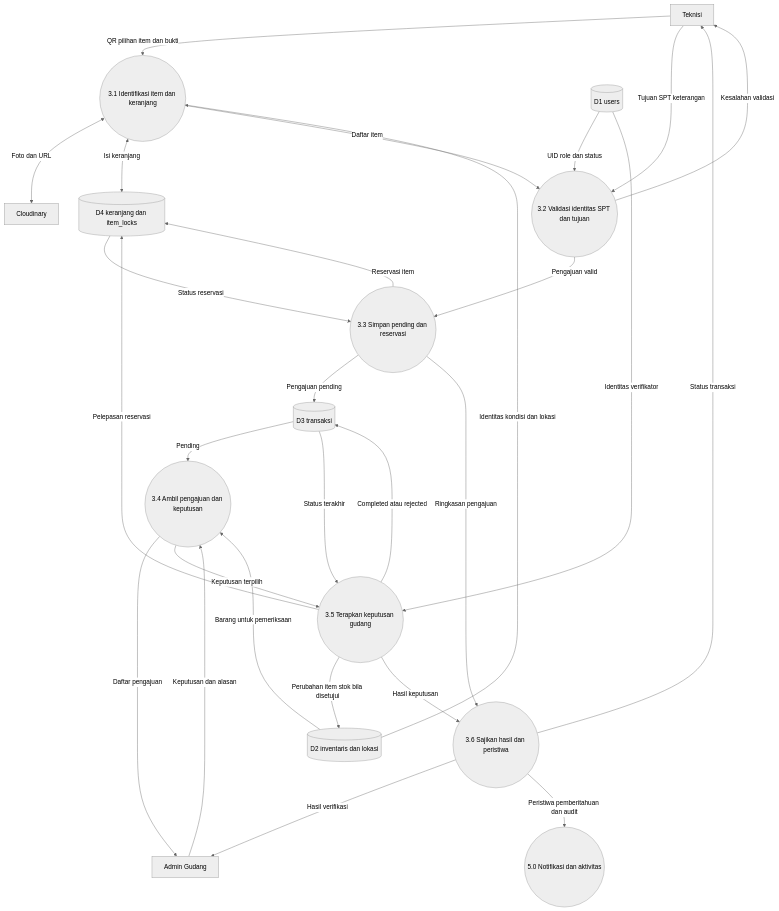
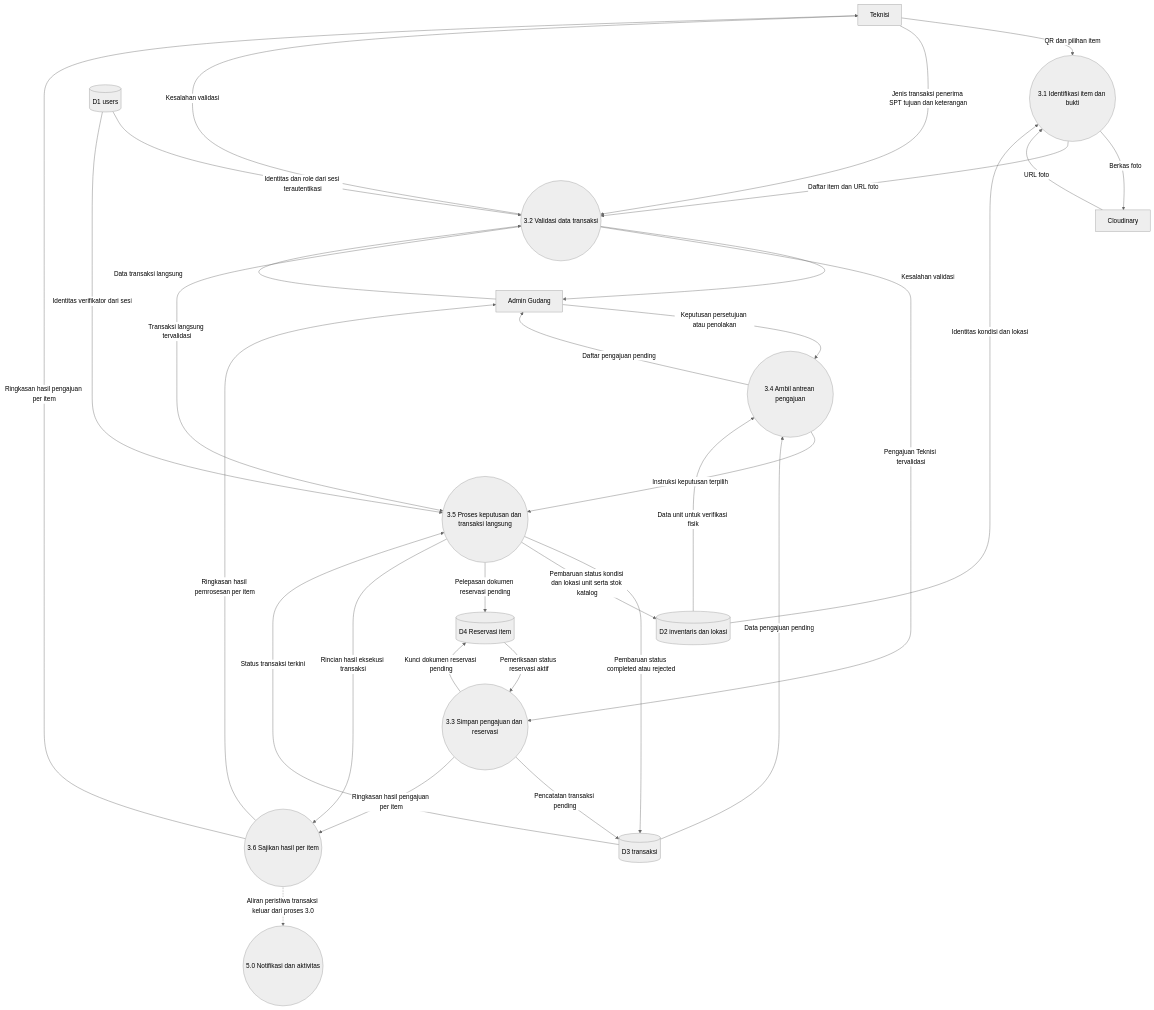
The fourth of 16 diagrams in README.md (Fadliyuu/Telkomsatt), drawn with Mermaid (neutral theme) before and after one commit. The commit also changed other lines of this file, not shown here.

Commit message:
docs: refine DFD Level 1 with direct admin transaction and per-item outputs

````diff
--- a/README.md
+++ b/README.md
@@ -351,44 +351,59 @@
 ```mermaid
 flowchart TB
     T[Teknisi]
     G[Admin Gudang]
-    A((3.1 Identifikasi item dan keranjang))
-    B((3.2 Validasi identitas SPT dan tujuan))
-    C((3.3 Simpan pending dan reservasi))
-    D((3.4 Ambil pengajuan dan keputusan))
-    E((3.5 Terapkan keputusan gudang))
-    F((3.6 Sajikan hasil dan peristiwa))
+    A((3.1 Identifikasi item dan bukti))
+    B((3.2 Validasi data transaksi))
+    C((3.3 Simpan pengajuan dan reservasi))
+    D((3.4 Ambil antrean pengajuan))
+    E((3.5 Proses keputusan dan transaksi langsung))
+    F((3.6 Sajikan hasil per item))
     U[(D1 users)]
     I[(D2 inventaris dan lokasi)]
     TX[(D3 transaksi)]
-    K[(D4 keranjang dan item_locks)]
+    K[(D4 Reservasi item)]
     N((5.0 Notifikasi dan aktivitas))
     CL[Cloudinary]
-    T -->|QR pilihan item dan bukti| A
+
+    %% 3.1 Identifikasi item dan bukti
+    T -->|QR dan pilihan item| A
     I -->|Identitas kondisi dan lokasi| A
-    A <-->|Foto dan URL| CL
-    A <-->|Isi keranjang| K
-    A -->|Daftar item| B
-    T -->|Tujuan SPT keterangan| B
-    U -->|UID role dan status| B
+    A -->|Berkas foto| CL
+    CL -->|URL foto| A
+    A -->|Daftar item dan URL foto| B
+
+    %% 3.2 Validasi data transaksi
+    T -->|Jenis transaksi penerima SPT tujuan dan keterangan| B
+    G -->|Data transaksi langsung| B
+    U -->|Identitas dan role dari sesi terautentikasi| B
     B -->|Kesalahan validasi| T
-    B -->|Pengajuan valid| C
-    K -->|Status reservasi| C
-    C -->|Pengajuan pending| TX
-    C -->|Reservasi item| K
-    C -->|Ringkasan pengajuan| F
-    TX -->|Pending| D
-    I -->|Barang untuk pemeriksaan| D
-    D -->|Daftar pengajuan| G
-    G -->|Keputusan dan alasan| D
-    D -->|Keputusan terpilih| E
-    U -->|Identitas verifikator| E
-    TX -->|Status terakhir| E
-    E -->|Completed atau rejected| TX
-    E -->|Perubahan item stok bila disetujui| I
-    E -->|Pelepasan reservasi| K
-    E -->|Hasil keputusan| F
-    F -->|Status transaksi| T
-    F -->|Hasil verifikasi| G
-    F -->|Peristiwa pemberitahuan dan audit| N
+    B -->|Kesalahan validasi| G
+    B -->|Pengajuan Teknisi tervalidasi| C
+    B -->|Transaksi langsung tervalidasi| E
+
+    %% 3.3 Simpan pengajuan dan reservasi (Khusus Pengajuan Teknisi)
+    K -->|Pemeriksaan status reservasi aktif| C
+    C -->|Pencatatan transaksi pending| TX
+    C -->|Kunci dokumen reservasi pending| K
+    C -->|Ringkasan hasil pengajuan per item| F
+
+    %% 3.4 Ambil antrean pengajuan (Review Gudang)
+    TX -->|Data pengajuan pending| D
+    I -->|Data unit untuk verifikasi fisik| D
+    D -->|Daftar pengajuan pending| G
+    G -->|Keputusan persetujuan atau penolakan| D
+    D -->|Instruksi keputusan terpilih| E
+
+    %% 3.5 Proses keputusan dan transaksi langsung
+    U -->|Identitas verifikator dari sesi| E
+    TX -->|Status transaksi terkini| E
+    E -->|Pembaruan status completed atau rejected| TX
+    E -->|Pembaruan status kondisi dan lokasi unit serta stok katalog| I
+    E -->|Pelepasan dokumen reservasi pending| K
+    E -->|Rincian hasil eksekusi transaksi| F
+
+    %% 3.6 Sajikan hasil per item dan peristiwa luar
+    F -->|Ringkasan hasil pengajuan per item| T
+    F -->|Ringkasan hasil pemrosesan per item| G
+    F -.->|Aliran peristiwa transaksi keluar dari proses 3.0| N
 ```
````
